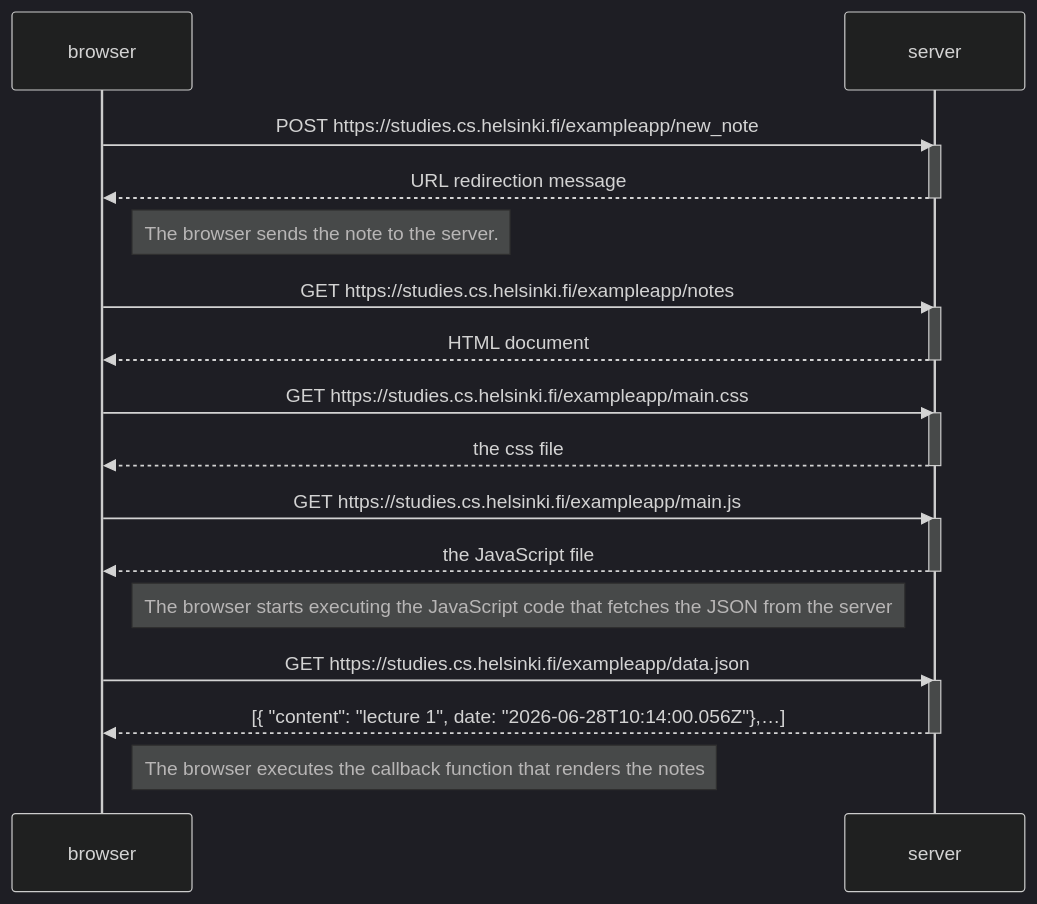
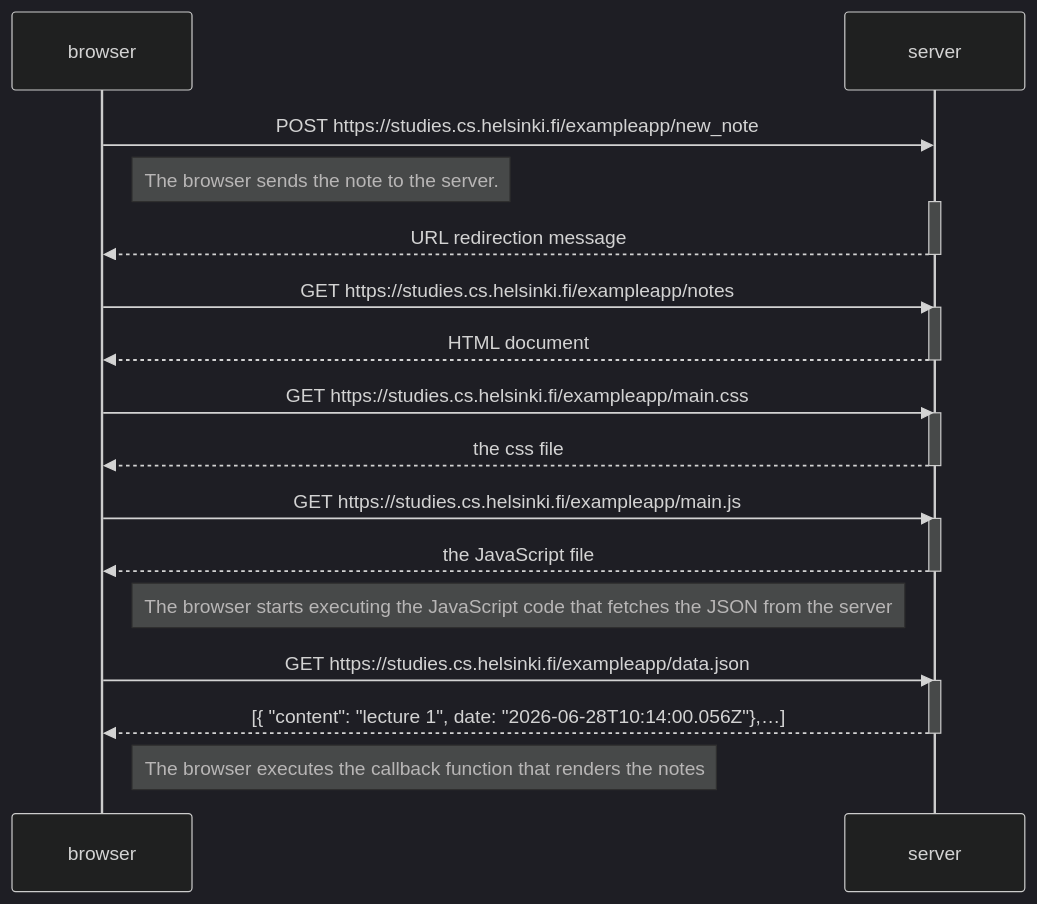
The diagram in part_0/04.md (GizmoLD/FullStackOpen), drawn with Mermaid (dark theme) before and after one commit.

````diff
--- a/part_0/04.md
+++ b/part_0/04.md
@@ -1,39 +1,40 @@
 ```mermaid
 sequenceDiagram
     participant browser
     participant server
 
     browser->>server: POST https://studies.cs.helsinki.fi/exampleapp/new_note
+
+    Note right of browser: The browser sends the note to the server.
+
     activate server
     server-->>browser: URL redirection message
     deactivate server
-
-    Note right of browser: The browser sends the note to the server.
 
     participant browser
     participant server
 
     browser->>server: GET https://studies.cs.helsinki.fi/exampleapp/notes
     activate server
     server-->>browser: HTML document
     deactivate server
 
     browser->>server: GET https://studies.cs.helsinki.fi/exampleapp/main.css
     activate server
     server-->>browser: the css file
     deactivate server
 
     browser->>server: GET https://studies.cs.helsinki.fi/exampleapp/main.js
     activate server
     server-->>browser: the JavaScript file
     deactivate server
 
     Note right of browser: The browser starts executing the JavaScript code that fetches the JSON from the server
 
     browser->>server: GET https://studies.cs.helsinki.fi/exampleapp/data.json
     activate server
     server-->>browser: [{ "content": "lecture 1", date: "2026-06-28T10:14:00.056Z"},…]
     deactivate server
 
     Note right of browser: The browser executes the callback function that renders the notes
 ```
````
